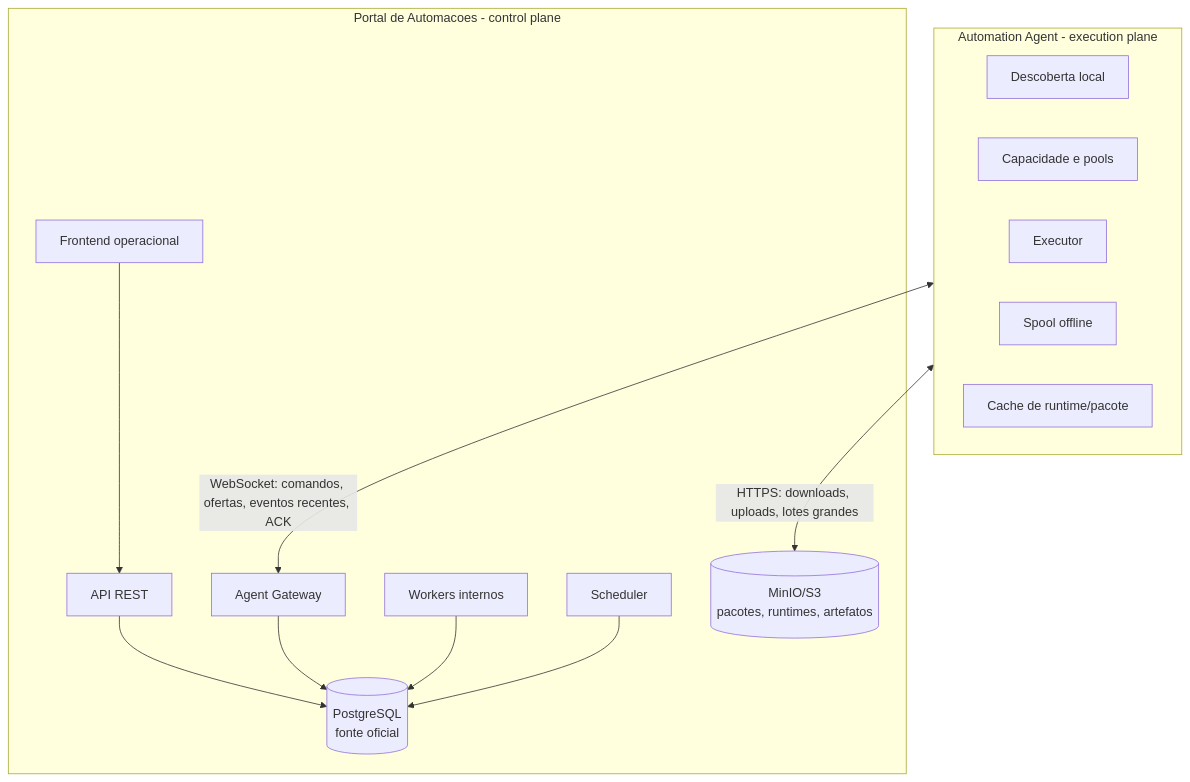
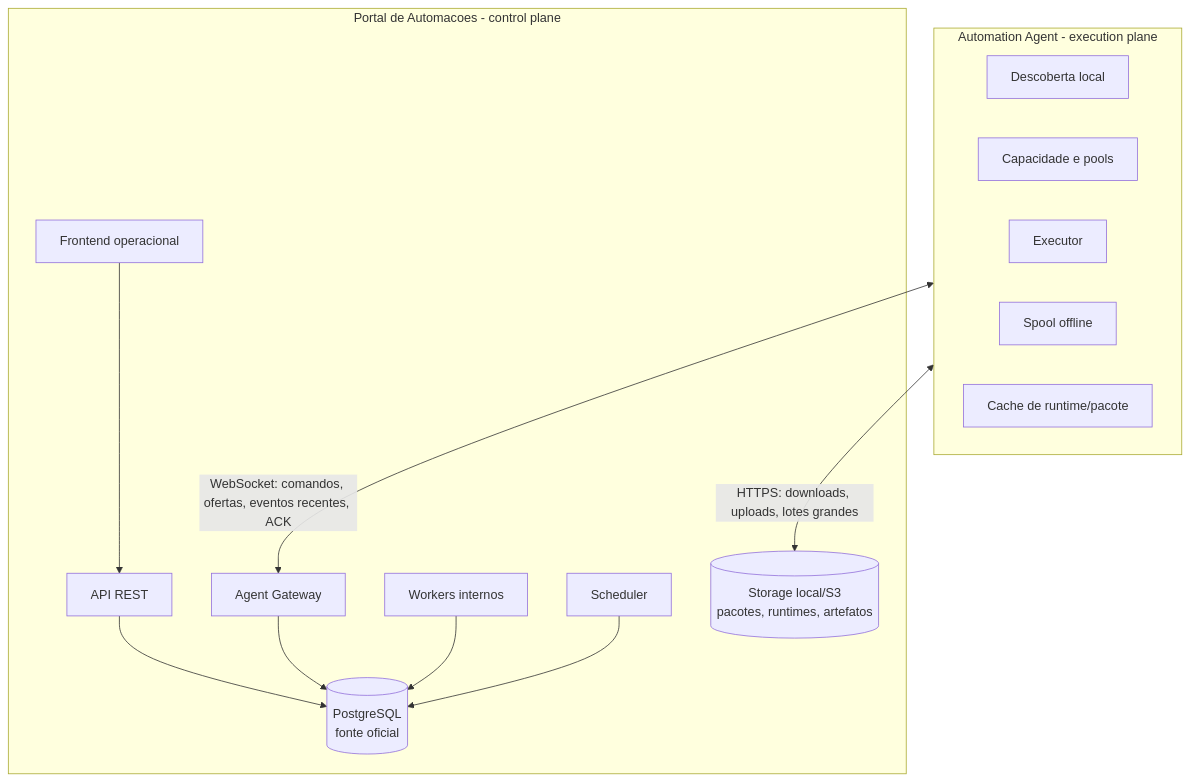
Before and after one commit to DiegoHerold/PortalAutoma--o: the first of 4 diagrams in docs/architecture.md, drawn with Mermaid. The commit also changed other lines of this file and 268 other files, not shown here.

````diff
--- a/docs/architecture.md
+++ b/docs/architecture.md
@@ -17,28 +17,28 @@
 ```mermaid
 flowchart TB
     subgraph Portal["Portal de Automacoes - control plane"]
         API["API REST"]
         UI["Frontend operacional"]
         Gateway["Agent Gateway"]
         Workers["Workers internos"]
         Scheduler["Scheduler"]
         DB[("PostgreSQL\nfonte oficial")]
-        Objects[("MinIO/S3\npacotes, runtimes, artefatos")]
+        Objects[("Storage local/S3\npacotes, runtimes, artefatos")]
     end
 
     subgraph Agent["Automation Agent - execution plane"]
         Probe["Descoberta local"]
         Capacity["Capacidade e pools"]
         Runner["Executor"]
         Spool["Spool offline"]
         Cache["Cache de runtime/pacote"]
     end
 
     UI --> API
     API --> DB
     Gateway --> DB
     Workers --> DB
     Scheduler --> DB
     Agent <-->|"WebSocket: comandos, ofertas, eventos recentes, ACK"| Gateway
     Agent <-->|"HTTPS: downloads, uploads, lotes grandes"| Objects
 ```
````
